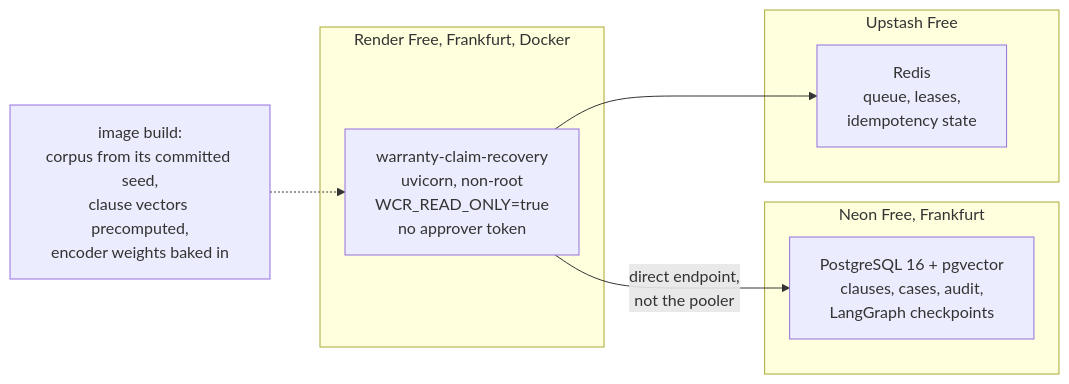
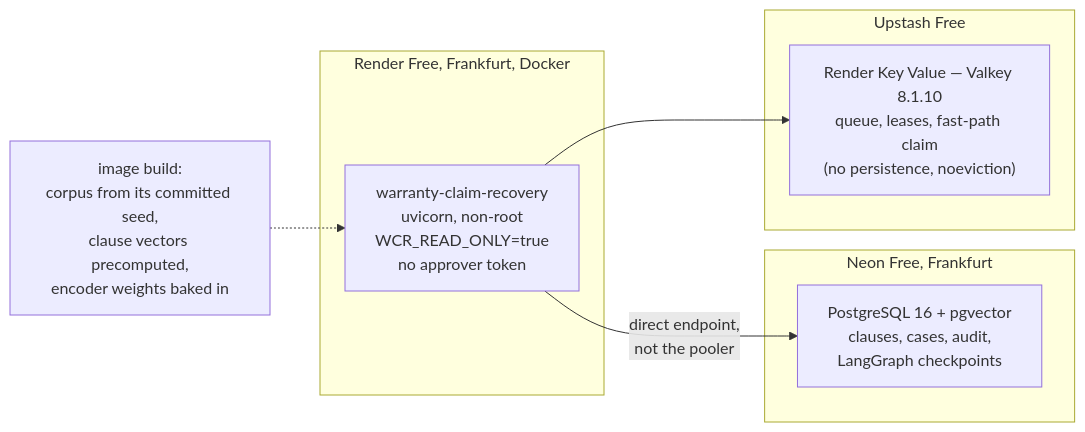
Before and after one commit to tair800/warranty-claim-recovery: the seventh of 7 diagrams in docs/architecture.md, drawn with Mermaid. The commit also changed other lines of this file and 4 other files, not shown here.

````diff
--- a/docs/architecture.md
+++ b/docs/architecture.md
@@ -275,15 +329,15 @@
 ```mermaid
 flowchart LR
     subgraph Render["Render Free, Frankfurt, Docker"]
         APP["warranty-claim-recovery<br/>uvicorn, non-root<br/>WCR_READ_ONLY=true<br/>no approver token"]
     end
     subgraph Neon["Neon Free, Frankfurt"]
         PG["PostgreSQL 16 + pgvector<br/>clauses, cases, audit,<br/>LangGraph checkpoints"]
     end
     subgraph Upstash["Upstash Free"]
-        RD["Redis<br/>queue, leases,<br/>idempotency state"]
+        RD["Render Key Value — Valkey 8.1.10<br/>queue, leases, fast-path claim<br/>(no persistence, noeviction)"]
     end
     APP -->|direct endpoint,<br/>not the pooler| PG
     APP --> RD
     IMG["image build:<br/>corpus from its committed seed,<br/>clause vectors precomputed,<br/>encoder weights baked in"] -.-> APP
 ```
````
